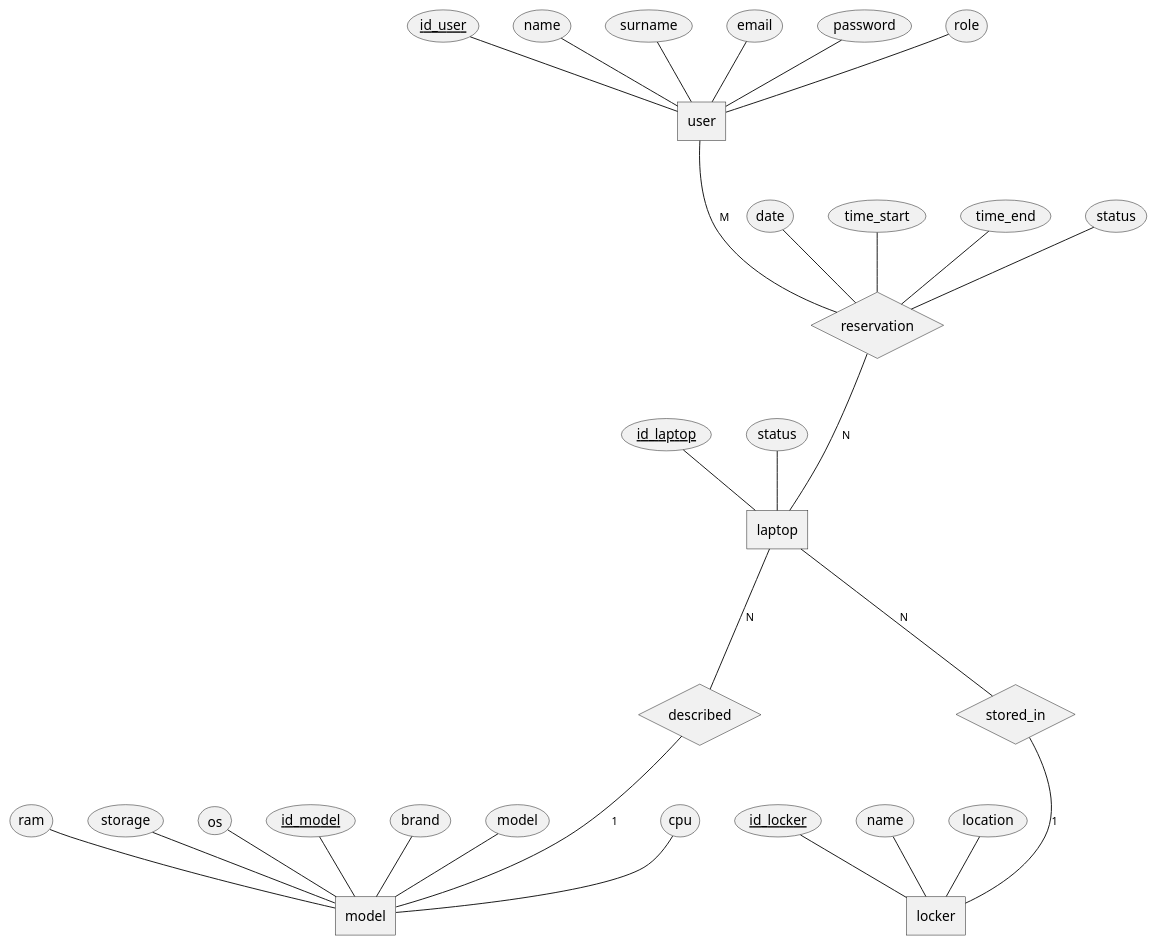
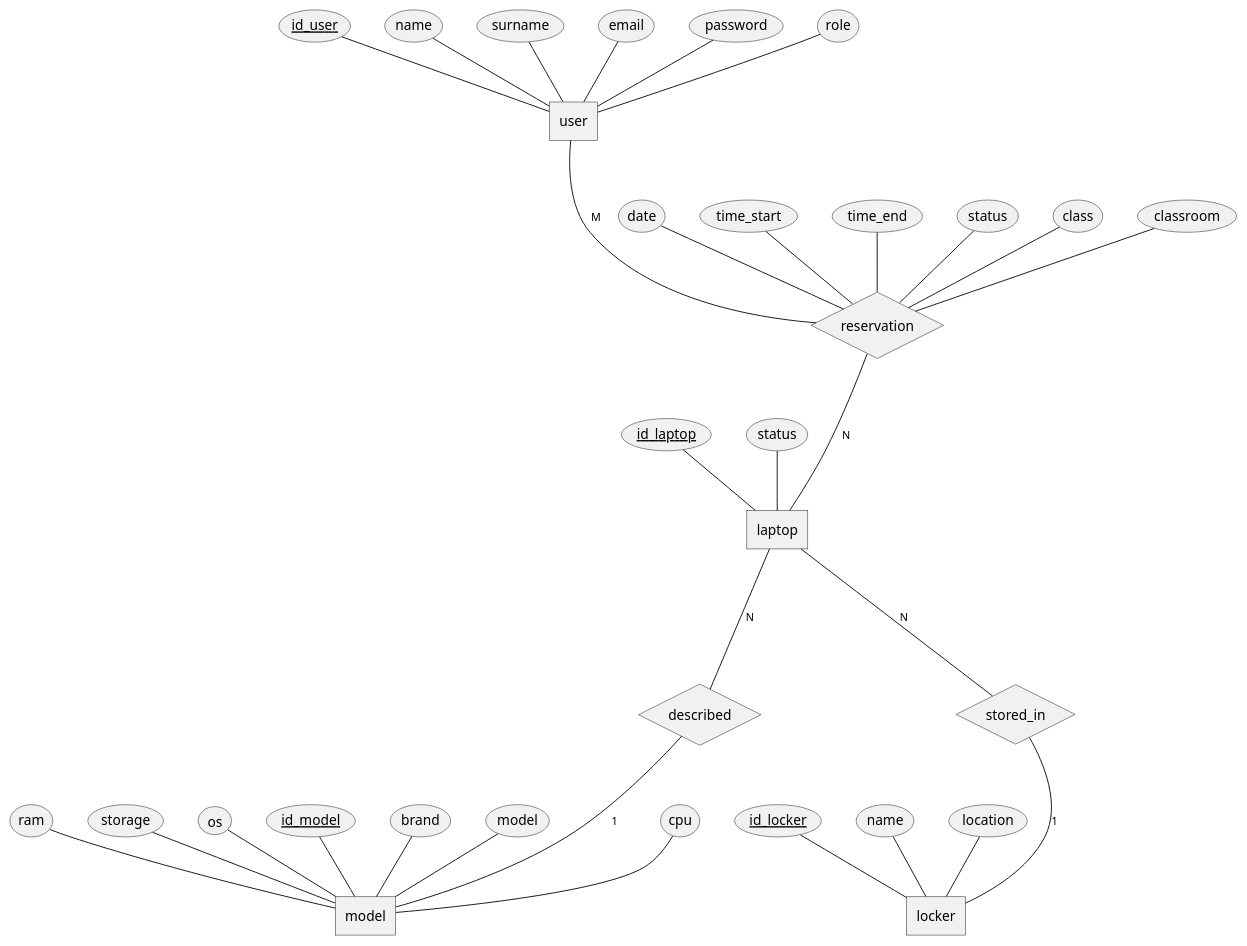
One commit to Sgombro/AvoLaptops changed the diagram in schemes/code/er.plantuml. Above: the diagram before and after it, drawn with PlantUML. The commit also changed 6 other files, not shown here.

First line of the commit message:
Update ER diagram assets and reservation fields

```diff
--- a/schemes/code/er.plantuml
+++ b/schemes/code/er.plantuml
@@ -1,57 +1,59 @@
 @startchen
 
 entity model {
   id_model <<key>>
   brand
   model
   cpu
   ram
   storage
   os
 }
 
 entity laptop {
   id_laptop <<key>>
   status
 }
 
 entity locker {
   id_locker <<key>>
   name
   location
 }
 
 entity user {
   id_user <<key>>
   name
   surname
   email
   password
   role
 }
 
 relationship reservation {
   date
   time_start
   time_end
   status
+  class
+  classroom
 }
 
 relationship described  {
 }
 
 relationship stored_in {
 }
 
 
 laptop -N- described
 described -1- model
 
 laptop -N- stored_in
 stored_in -1- locker
 
 user -M- reservation
 reservation -N- laptop
 
 
 @endchen
```
